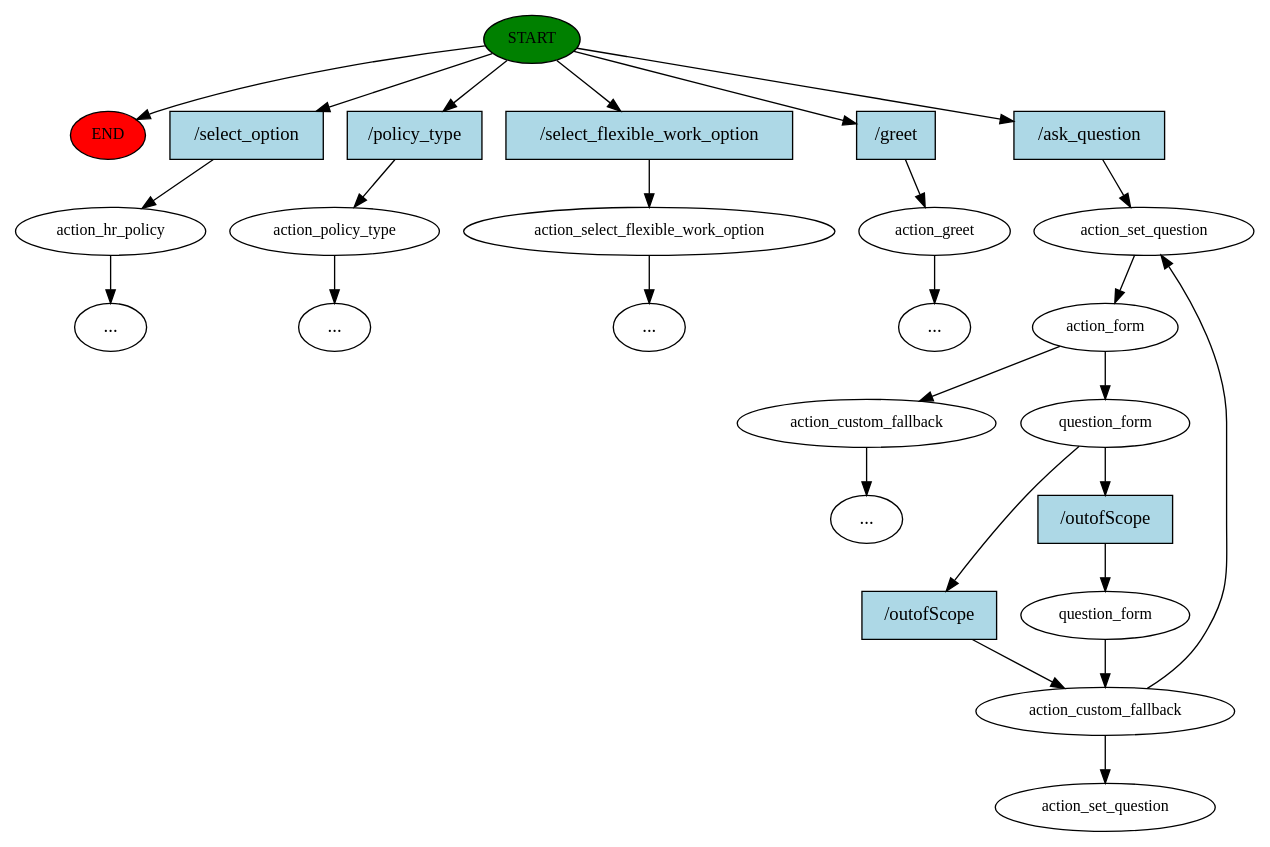
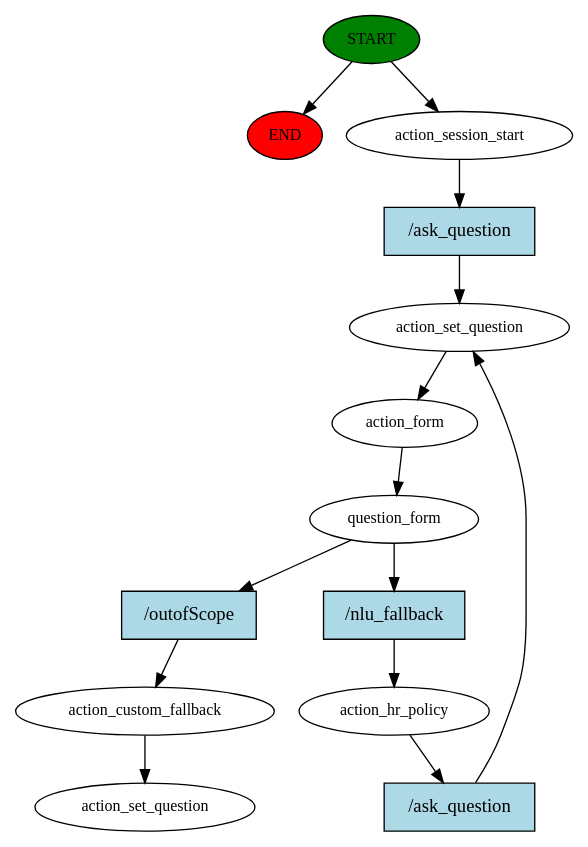
Before and after one commit to AIAnupSHrestha/amelia-chatbot: the diagram in story_graph.dot, drawn with Graphviz. The commit also changed 3 other files, not shown here.

```diff
--- a/story_graph.dot
+++ b/story_graph.dot
@@ -1,53 +1,28 @@
 digraph  {
 0 [class="start active", fillcolor=green, fontsize=12, label=START, style=filled];
 "-1" [class=end, fillcolor=red, fontsize=12, label=END, style=filled];
-1 [class="", fontsize=12, label=action_hr_policy];
-"-3" [class=ellipsis, label="..."];
-2 [class="", fontsize=12, label=action_policy_type];
-"-4" [class=ellipsis, label="..."];
-3 [class="", fontsize=12, label=action_select_flexible_work_option];
-"-5" [class=ellipsis, label="..."];
-4 [class="", fontsize=12, label=action_greet];
-5 [class=active, fontsize=12, label=action_set_question];
-6 [class=active, fontsize=12, label=action_form];
-7 [class="", fontsize=12, label=action_custom_fallback];
-"-7" [class=ellipsis, label="..."];
-"-8" [class=ellipsis, label="..."];
-11 [class=active, fontsize=12, label=question_form];
-12 [class=active, fontsize=12, label=action_custom_fallback];
-16 [class=active, fontsize=12, label=question_form];
-18 [class="dashed active", fontsize=12, label=action_set_question];
-19 [class=intent, fillcolor=lightblue, label="/select_option", shape=rect, style=filled];
-20 [class=intent, fillcolor=lightblue, label="/policy_type", shape=rect, style=filled];
-21 [class=intent, fillcolor=lightblue, label="/select_flexible_work_option", shape=rect, style=filled];
-22 [class=intent, fillcolor=lightblue, label="/greet", shape=rect, style=filled];
-23 [class="intent active", fillcolor=lightblue, label="/ask_question", shape=rect, style=filled];
-24 [class="intent active", fillcolor=lightblue, label="/outofScope", shape=rect, style=filled];
-25 [class="intent active", fillcolor=lightblue, label="/outofScope", shape=rect, style=filled];
+1 [class=active, fontsize=12, label=action_session_start];
+2 [class=active, fontsize=12, label=action_set_question];
+3 [class=active, fontsize=12, label=action_form];
+4 [class=active, fontsize=12, label=question_form];
+5 [class=active, fontsize=12, label=action_hr_policy];
+9 [class=active, fontsize=12, label=action_custom_fallback];
+10 [class="dashed active", fontsize=12, label=action_set_question];
+11 [class="intent active", fillcolor=lightblue, label="/ask_question", shape=rect, style=filled];
+12 [class="intent active", fillcolor=lightblue, label="/nlu_fallback", shape=rect, style=filled];
+13 [class="intent active", fillcolor=lightblue, label="/outofScope", shape=rect, style=filled];
+14 [class="intent active", fillcolor=lightblue, label="/ask_question", shape=rect, style=filled];
 0 -> "-1"  [class="", key=NONE, label=""];
-0 -> 19  [class="", key=0];
-0 -> 20  [class="", key=0];
-0 -> 21  [class="", key=0];
-0 -> 22  [class="", key=0];
-0 -> 23  [class=active, key=0];
-1 -> "-3"  [class="", key=NONE, label=""];
-2 -> "-4"  [class="", key=NONE, label=""];
-3 -> "-5"  [class="", key=NONE, label=""];
-4 -> "-8"  [class="", key=NONE, label=""];
-5 -> 6  [class=active, key=NONE, label=""];
-6 -> 7  [class="", key=NONE, label=""];
-6 -> 11  [class=active, key=NONE, label=""];
-7 -> "-7"  [class="", key=NONE, label=""];
-11 -> 24  [class=active, key=0];
-11 -> 25  [class=active, key=0];
-12 -> 5  [class=active, key=NONE, label=""];
-12 -> 18  [class=active, key=NONE, label=""];
-16 -> 12  [class=active, key=NONE, label=""];
-19 -> 1  [class="", key=0];
-20 -> 2  [class="", key=0];
-21 -> 3  [class="", key=0];
-22 -> 4  [class="", key=0];
-23 -> 5  [class=active, key=0];
-24 -> 12  [class=active, key=0];
-25 -> 16  [class=active, key=0];
+0 -> 1  [class=active, key=NONE, label=""];
+1 -> 11  [class=active, key=0];
+2 -> 3  [class=active, key=NONE, label=""];
+3 -> 4  [class=active, key=NONE, label=""];
+4 -> 12  [class=active, key=0];
+4 -> 13  [class=active, key=0];
+5 -> 14  [class=active, key=0];
+9 -> 10  [class=active, key=NONE, label=""];
+11 -> 2  [class=active, key=0];
+12 -> 5  [class=active, key=0];
+13 -> 9  [class=active, key=0];
+14 -> 2  [class=active, key=0];
 }
```
